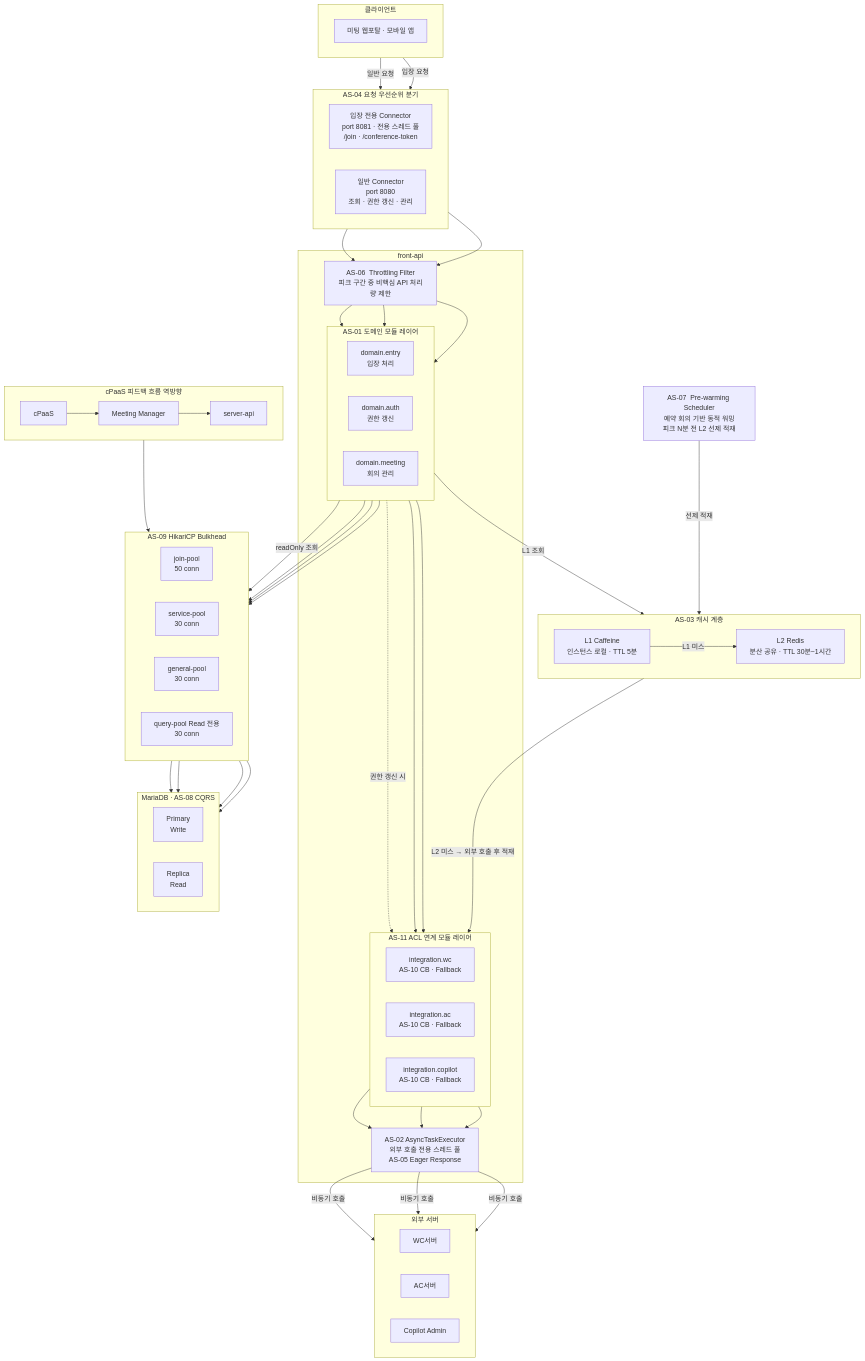
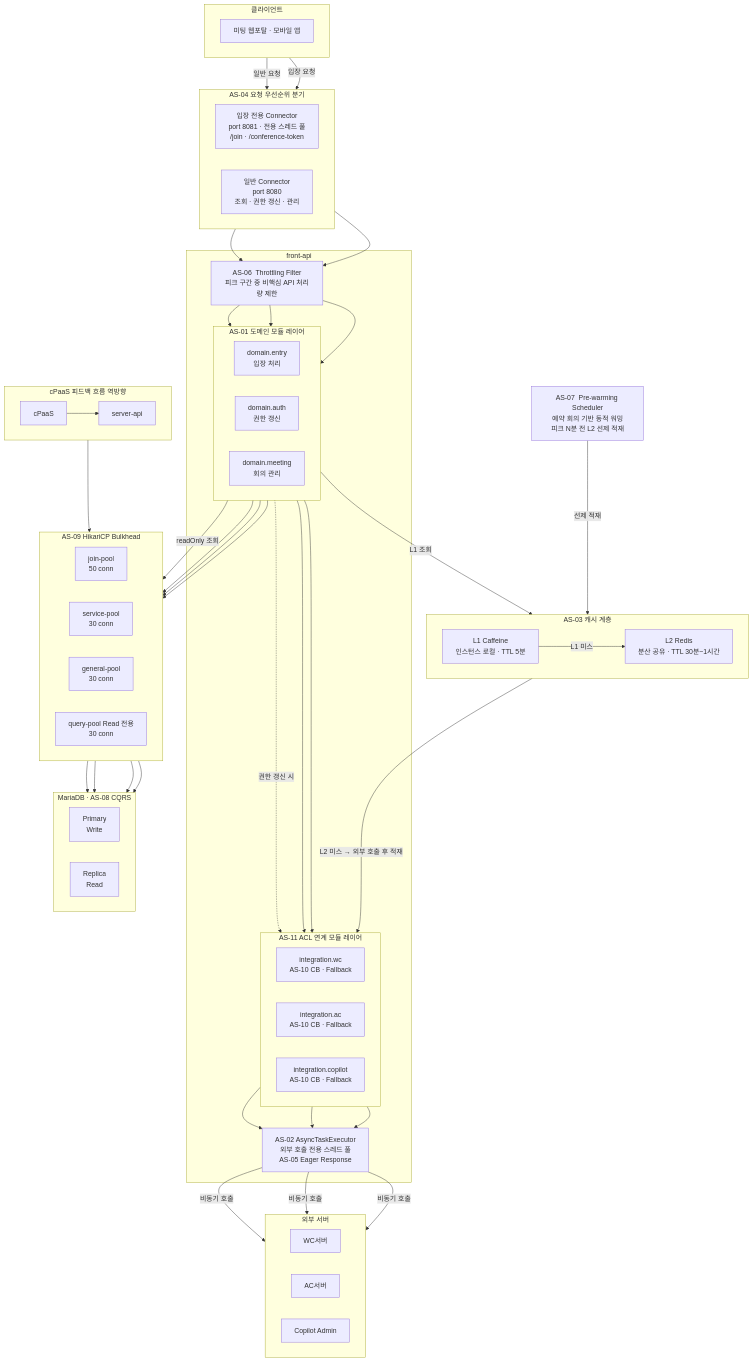
One commit to sujinnkim/A_Personal changed the diagram in docs/05-architecture-design/4.1-conceptual/4.1.1-concept-diagram.md. Above: the diagram before and after it, drawn with Mermaid. The commit also changed other lines of this file and 28 other files, not shown here.

First line of the commit message:
docs: 입장(UC-04) 문맥 WC서버 → Meeting Manager 전반 수정

````diff
--- a/docs/05-architecture-design/4.1-conceptual/4.1.1-concept-diagram.md
+++ b/docs/05-architecture-design/4.1-conceptual/4.1.1-concept-diagram.md
@@ -72,7 +72,6 @@
     subgraph FEEDBACK["cPaaS 피드백 흐름  역방향"]
         direction LR
         CPAAS["cPaaS"]
-        MM["Meeting Manager"]
         SAPI["server-api"]
     end
 
@@ -106,5 +105,5 @@
     QP --> REP
 
     %% ── cPaaS 피드백 흐름 ───────────────────────
-    CPAAS --> MM --> SAPI --> JP
+    CPAAS --> SAPI --> JP
 ```
````
